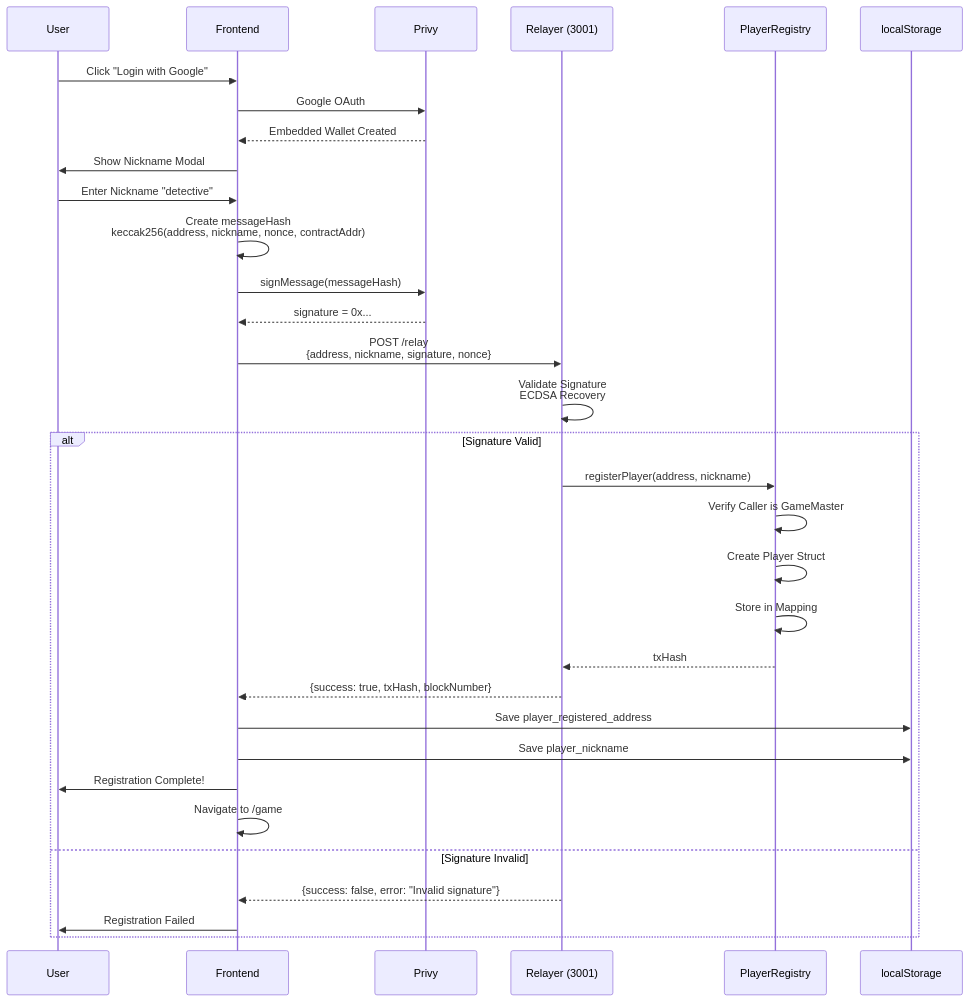
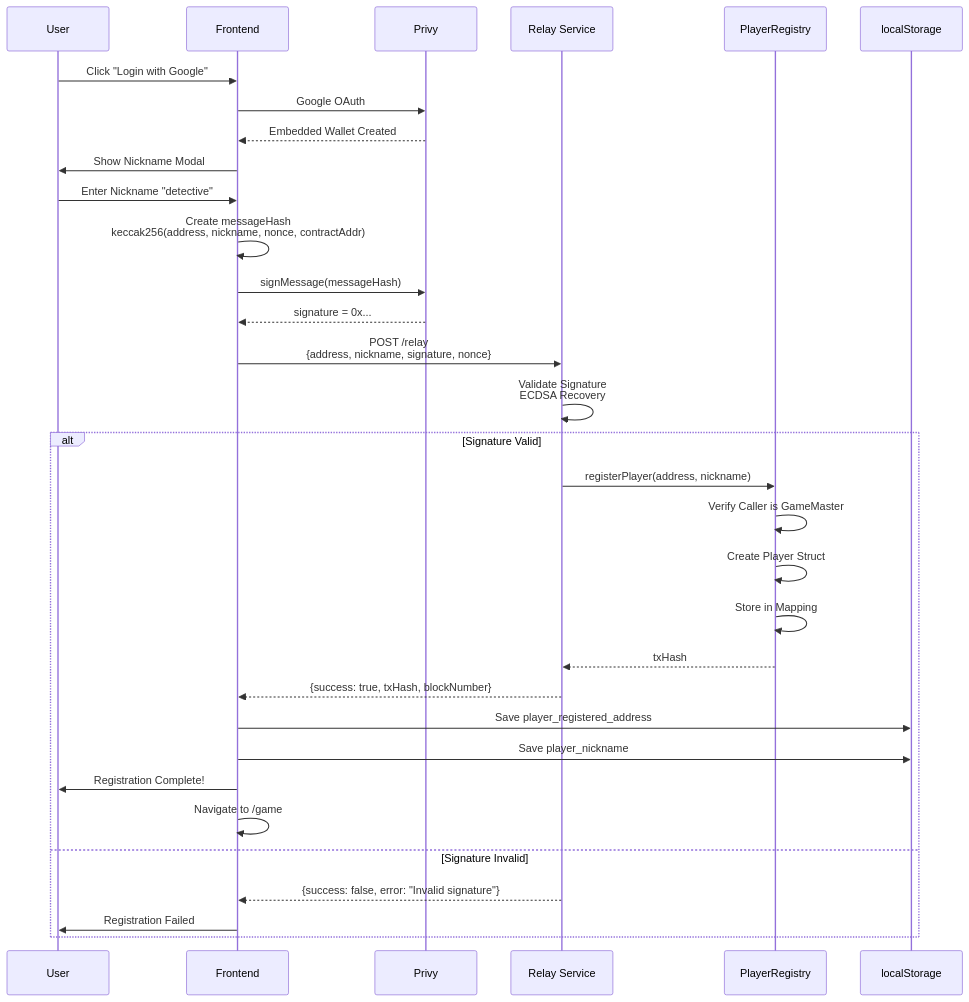
The second of 8 diagrams in docs/SYSTEM_DIAGRAMS.md (mtrn87/carmen-sandiego-onchain), drawn with Mermaid before and after one commit. The commit also changed other lines of this file, not shown here.

Commit message:
docs: update system diagrams to remove server references
- Change 'Relayer Server (3001)' to 'Relay Service' in architecture diagram
- Update participant name in Gasless Registration Flow diagram
- Remove specific port references that no longer apply
- Maintain generic 'Relay Service' terminology for future flexibility

````diff
--- a/docs/SYSTEM_DIAGRAMS.md
+++ b/docs/SYSTEM_DIAGRAMS.md
@@ -103,39 +103,39 @@
 ```mermaid
 sequenceDiagram
     participant User as User
     participant Frontend as Frontend
     participant Privy as Privy
-    participant Relayer as Relayer (3001)
+    participant Relayer as Relay Service
     participant Contract as PlayerRegistry
     participant Storage as localStorage
 
     User->>Frontend: Click "Login with Google"
     Frontend->>Privy: Google OAuth
     Privy-->>Frontend: Embedded Wallet Created
     Frontend->>User: Show Nickname Modal
 
     User->>Frontend: Enter Nickname "detective"
     Frontend->>Frontend: Create messageHash<br/>keccak256(address, nickname, nonce, contractAddr)
     Frontend->>Privy: signMessage(messageHash)
     Privy-->>Frontend: signature = 0x...
 
     Frontend->>Relayer: POST /relay<br/>{address, nickname, signature, nonce}
 
     Relayer->>Relayer: Validate Signature<br/>ECDSA Recovery
     alt Signature Valid
         Relayer->>Contract: registerPlayer(address, nickname)
         Contract->>Contract: Verify Caller is GameMaster
         Contract->>Contract: Create Player Struct
         Contract->>Contract: Store in Mapping
         Contract-->>Relayer: txHash
         Relayer-->>Frontend: {success: true, txHash, blockNumber}
 
         Frontend->>Storage: Save player_registered_address
         Frontend->>Storage: Save player_nickname
         Frontend->>User: Registration Complete!
         Frontend->>Frontend: Navigate to /game
     else Signature Invalid
         Relayer-->>Frontend: {success: false, error: "Invalid signature"}
         Frontend->>User: Registration Failed
     end
 ```
````
